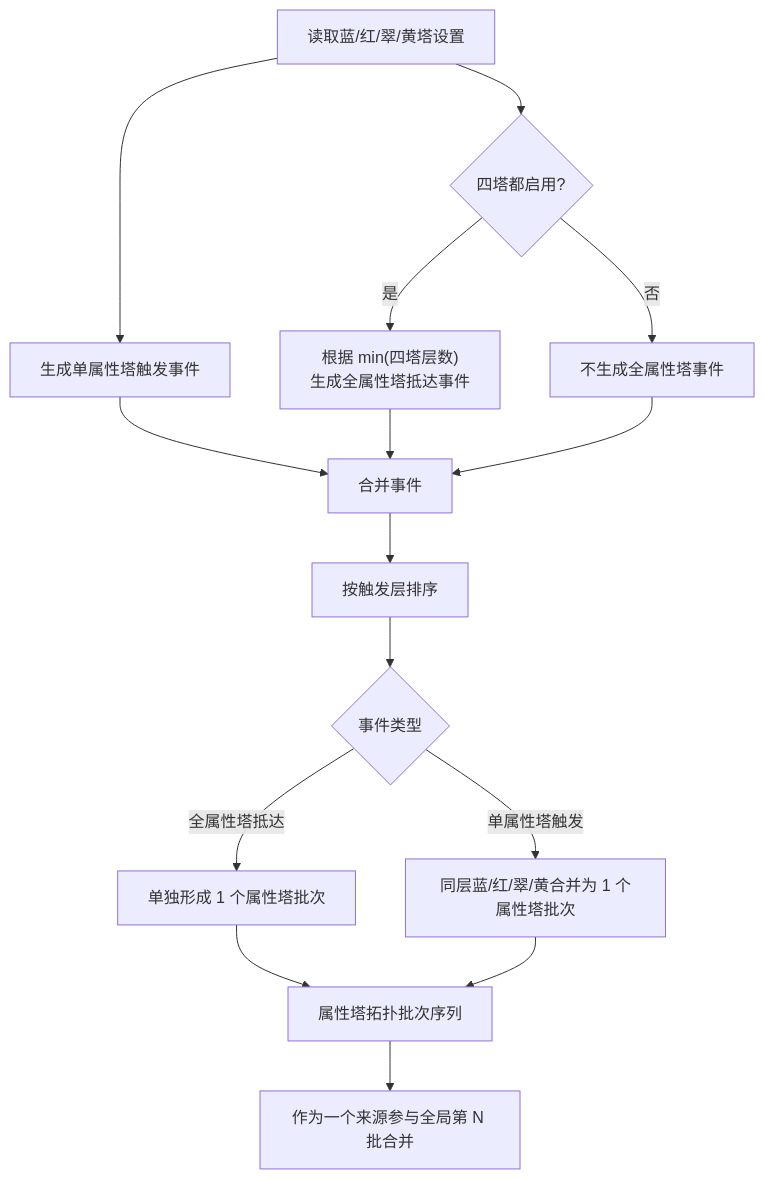
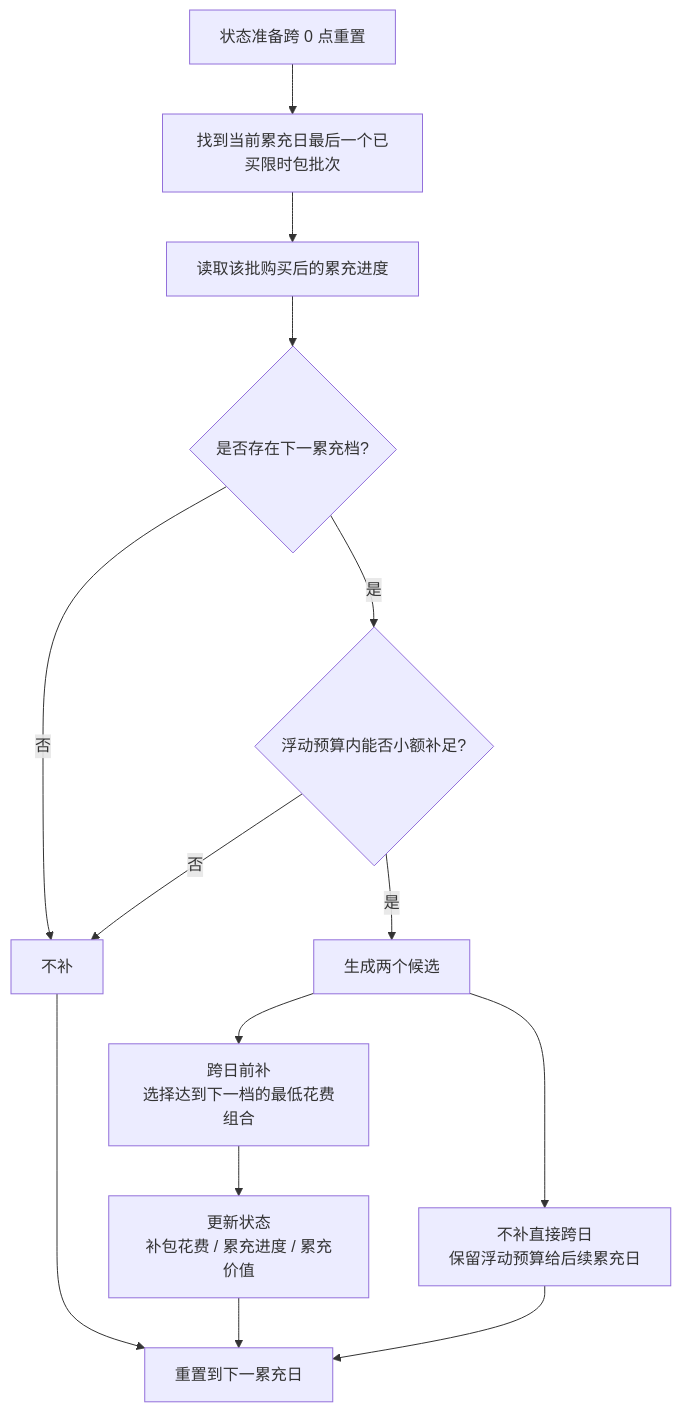
The fourth of 4 diagrams in doc/items/UltraSalePack/path-planning-visual.md (hitazuki/mementomori-calculator), drawn with Mermaid before and after one commit. The commit also changed other lines of this file and 8 other files, not shown here.

````diff
--- a/doc/items/UltraSalePack/path-planning-visual.md
+++ b/doc/items/UltraSalePack/path-planning-visual.md
@@ -241,17 +123,16 @@
 ```mermaid
 flowchart TD
-  A["读取蓝/红/翠/黄塔设置"] --> B["生成单属性塔触发事件"]
-  A --> C{"四塔都启用?"}
-  C -- "是" --> D["根据 min(四塔层数)<br/>生成全属性塔抵达事件"]
-  C -- "否" --> E["不生成全属性塔事件"]
-  B --> F["合并事件"]
-  D --> F
-  E --> F
-  F --> G["按触发层排序"]
-  G --> H{"事件类型"}
-  H -- "全属性塔抵达" --> I["单独形成 1 个属性塔批次"]
-  H -- "单属性塔触发" --> J["同层蓝/红/翠/黄合并为 1 个属性塔批次"]
-  I --> K["属性塔拓扑批次序列"]
-  J --> K
-  K --> L["作为一个来源参与全局第 N 批合并"]
+  A["状态准备跨 0 点重置"] --> B["找到当前累充日最后一个已买限时包批次"]
+  B --> B2["读取该批购买后的累充进度"]
+  B2 --> C{"是否存在下一累充档?"}
+  C -- "否" --> D["不补"]
+  C -- "是" --> E{"浮动预算内能否小额补足?"}
+  E -- "否" --> D
+  E -- "是" --> F["生成两个候选"]
+  F --> G["跨日前补<br/>选择达到下一档的最低花费组合"]
+  F --> H["不补直接跨日<br/>保留浮动预算给后续累充日"]
+  G --> I["更新状态<br/>补包花费 / 累充进度 / 累充价值"]
+  I --> J["重置到下一累充日"]
+  H --> J
+  D --> J
 ```
````
